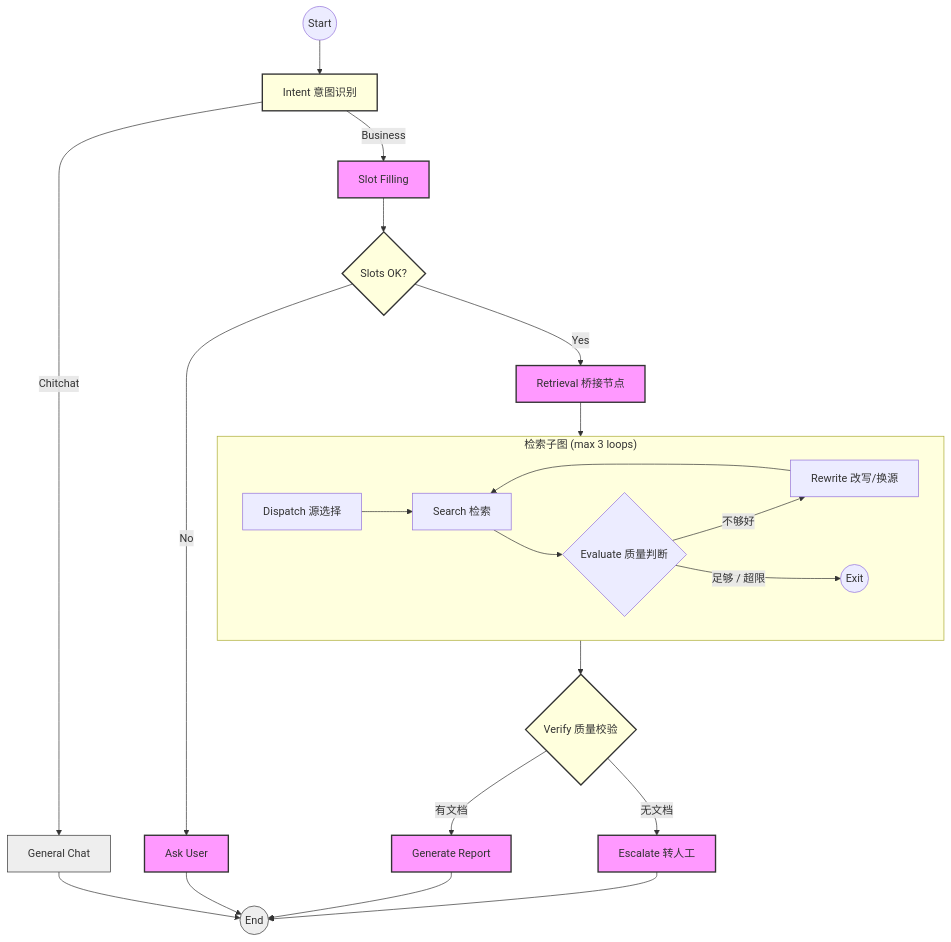
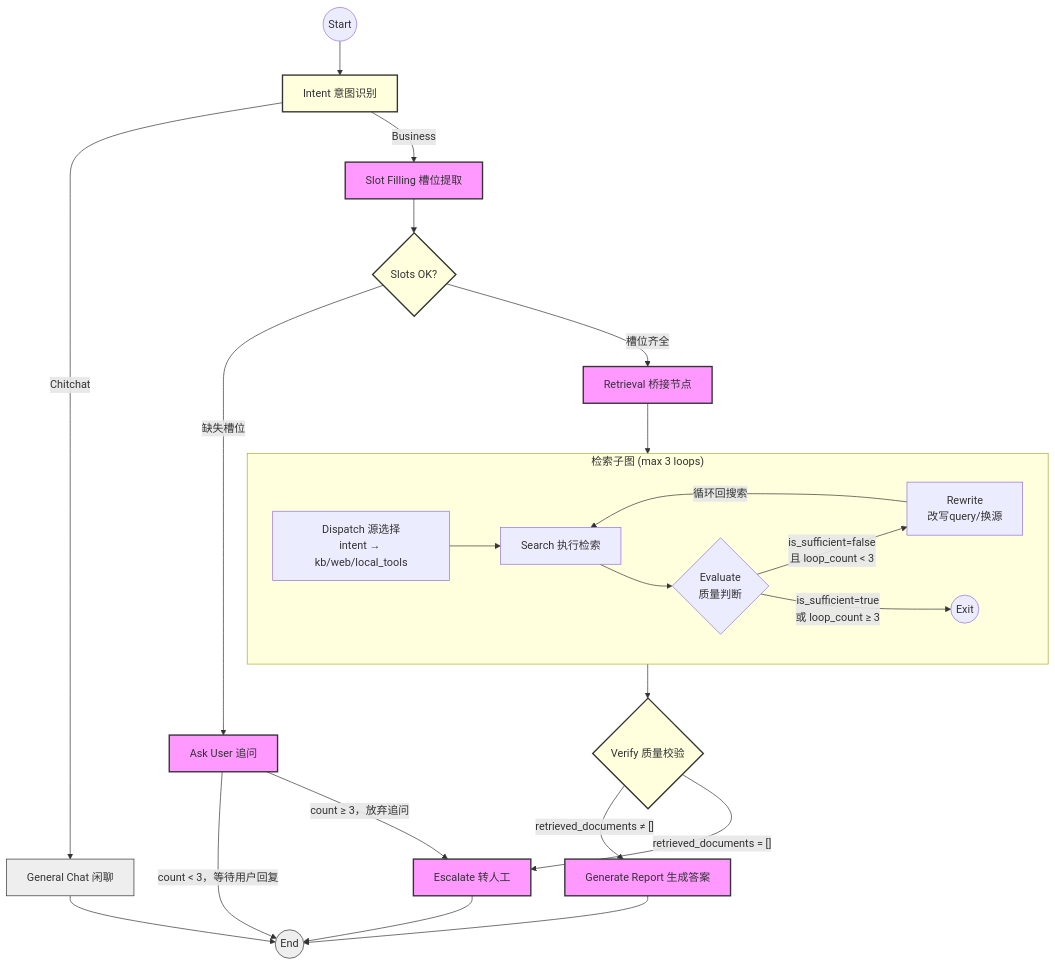
The diagram in backend/app/docs/architecture/workflow-engine.md (deyongTang/its_multi_agent), drawn with Mermaid before and after one commit. The commit also changed 20 other files, not shown here.

````diff
--- a/backend/app/docs/architecture/workflow-engine.md
+++ b/backend/app/docs/architecture/workflow-engine.md
@@ -88,36 +88,36 @@
 ```mermaid
 graph TD
     classDef action fill:#f9f,stroke:#333,stroke-width:2px;
     classDef check fill:#ffd,stroke:#333,stroke-width:2px;
     classDef endNode fill:#eee,stroke:#333,stroke-width:1px;
-    classDef subgraph_node fill:#ccf,stroke:#333,stroke-width:2px,stroke-dasharray: 5 5;
 
     __start__((Start)) --> node_intent[Intent 意图识别]:::check
 
-    node_intent -- Chitchat --> node_general_chat[General Chat]:::endNode
-    node_intent -- Business --> node_slot_filling[Slot Filling]:::action
+    node_intent -- Chitchat --> node_general_chat[General Chat 闲聊]:::endNode
+    node_intent -- Business --> node_slot_filling[Slot Filling 槽位提取]:::action
 
     node_slot_filling --> check_slots{Slots OK?}:::check
-    check_slots -- No --> node_ask_user[Ask User]:::action
-    node_ask_user --> __end__((End)):::endNode
+    check_slots -- "缺失槽位" --> node_ask_user[Ask User 追问]:::action
+    node_ask_user -- "count < 3，等待用户回复" --> __end__((End)):::endNode
+    node_ask_user -- "count ≥ 3，放弃追问" --> node_escalate
 
-    check_slots -- Yes --> node_retrieval
+    check_slots -- "槽位齐全" --> node_retrieval[Retrieval 桥接节点]:::action
 
     subgraph RetrievalSubGraph["检索子图 (max 3 loops)"]
-        dispatch[Dispatch 源选择] --> search[Search 检索]
-        search --> evaluate{Evaluate 质量判断}
-        evaluate -- 不够好 --> rewrite[Rewrite 改写/换源]
-        rewrite --> search
-        evaluate -- 足够 / 超限 --> exit_sub((Exit))
+        dispatch[Dispatch 源选择\nintent → kb/web/local_tools] --> search[Search 执行检索]
+        search --> evaluate{Evaluate\n质量判断}
+        evaluate -- "is_sufficient=false\n且 loop_count < 3" --> rewrite[Rewrite\n改写query/换源]
+        rewrite -- "循环回搜索" --> search
+        evaluate -- "is_sufficient=true\n或 loop_count ≥ 3" --> exit_sub((Exit))
     end
 
-    node_retrieval[Retrieval 桥接节点]:::action --> RetrievalSubGraph
+    node_retrieval --> RetrievalSubGraph
     RetrievalSubGraph --> node_verify{Verify 质量校验}:::check
 
-    node_verify -- 有文档 --> node_generate_report[Generate Report]:::action
-    node_verify -- 无文档 --> node_escalate[Escalate 转人工]:::action
+    node_verify -- "retrieved_documents ≠ []" --> node_generate_report[Generate Report 生成答案]:::action
+    node_verify -- "retrieved_documents = []" --> node_escalate[Escalate 转人工]:::action
 
     node_general_chat --> __end__
     node_generate_report --> __end__
     node_escalate --> __end__
 ```
````
